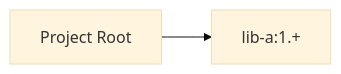
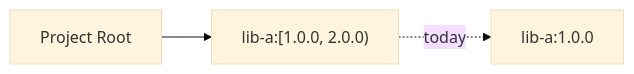
Before and after one commit to JavaDependencyHell/fieldguide: the diagram in demos/gradle-demo/scenario-9-ranges/guide.qmd, drawn with Mermaid (base theme). The commit also changed other lines of this file and 208 other files, not shown here.

````diff
--- a/demos/gradle-demo/scenario-9-ranges/guide.qmd
+++ b/demos/gradle-demo/scenario-9-ranges/guide.qmd
@@ -19,5 +20,6 @@
 ```{mermaid}
 %%| fig-width: 4.4
 graph LR
-    Root[Project Root] --> LibA[lib-a:1.+]
+    Root[Project Root] --> LibA["lib-a:[1.0.0, 2.0.0)"]
+    LibA -.->|today| V1[lib-a:1.0.0]
 ```
````
